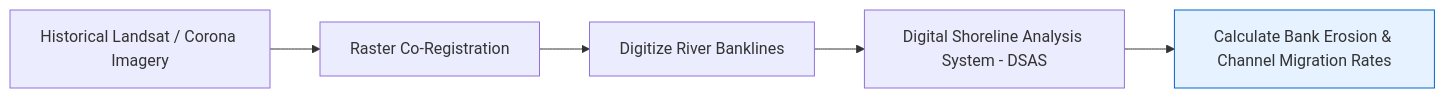
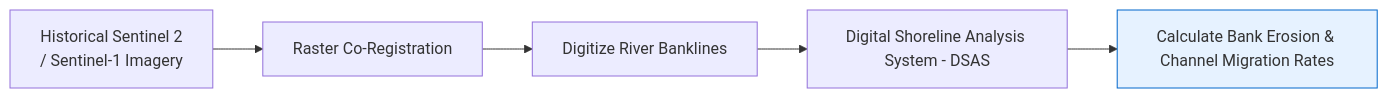
Before and after one commit to Rotten-Grapes-Pvt-Ltd/QGIS-WECS: the second of 2 diagrams in docs/day1/02_role_geospatial.md, drawn with Mermaid.

Commit message:
docs: update workflow diagram to reference Sentinel imagery instead of historical Landsat/Corona

````diff
--- a/docs/day1/02_role_geospatial.md
+++ b/docs/day1/02_role_geospatial.md
@@ -68,9 +68,9 @@
 ```mermaid
 graph LR
-    Hist[Historical Landsat / Corona Imagery] --> Alignment[Raster Co-Registration]
+    Hist[Historical Sentinel 2 <br> / Sentinel-1 Imagery] --> Alignment[Raster Co-Registration]
     Alignment --> Vector[Digitize River Banklines]
     Vector --> DSAS[Digital Shoreline Analysis System - DSAS]
     DSAS --> Rates[Calculate Bank Erosion & Channel Migration Rates]
     
     style Rates fill:#e6f2ff,stroke:#0066cc
 ```
````
